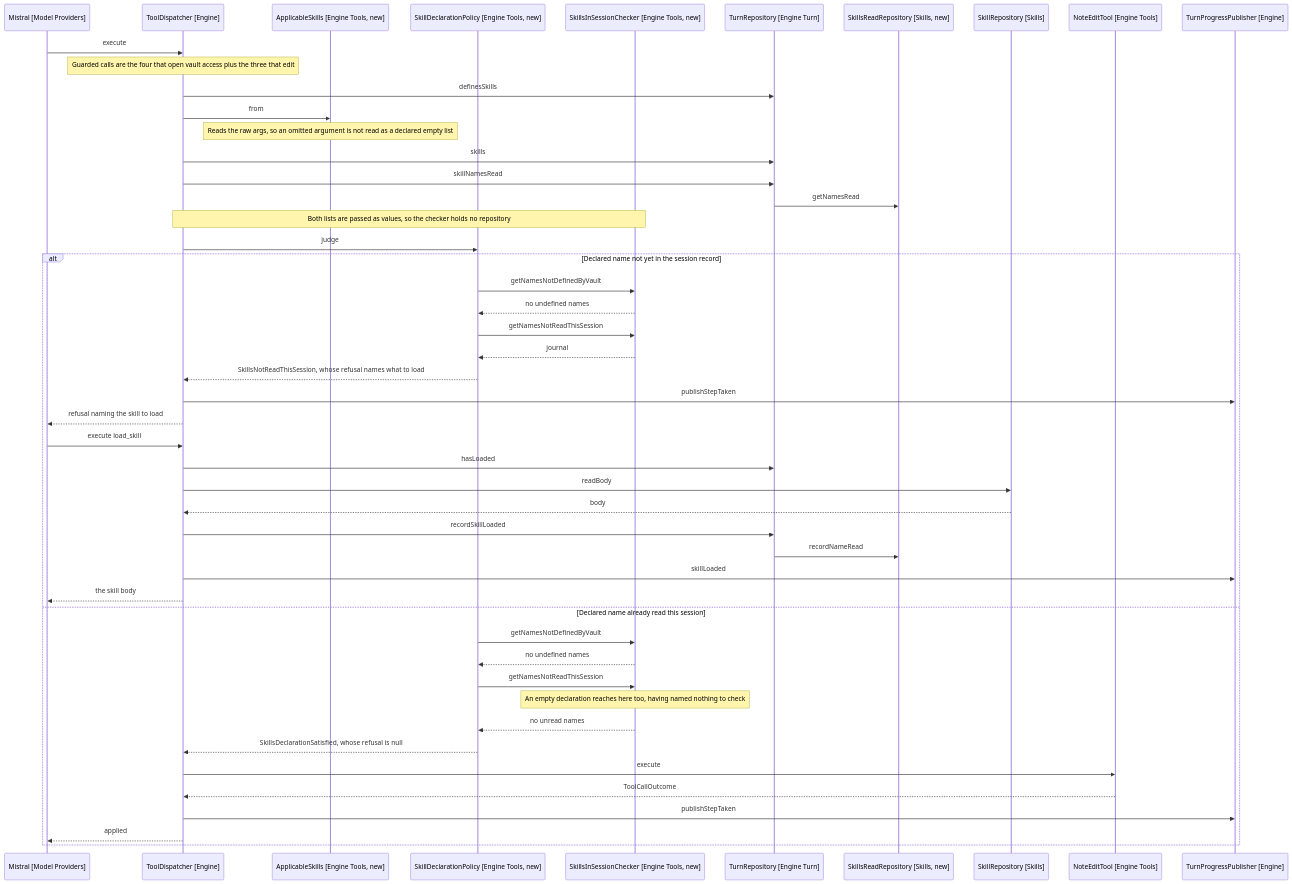
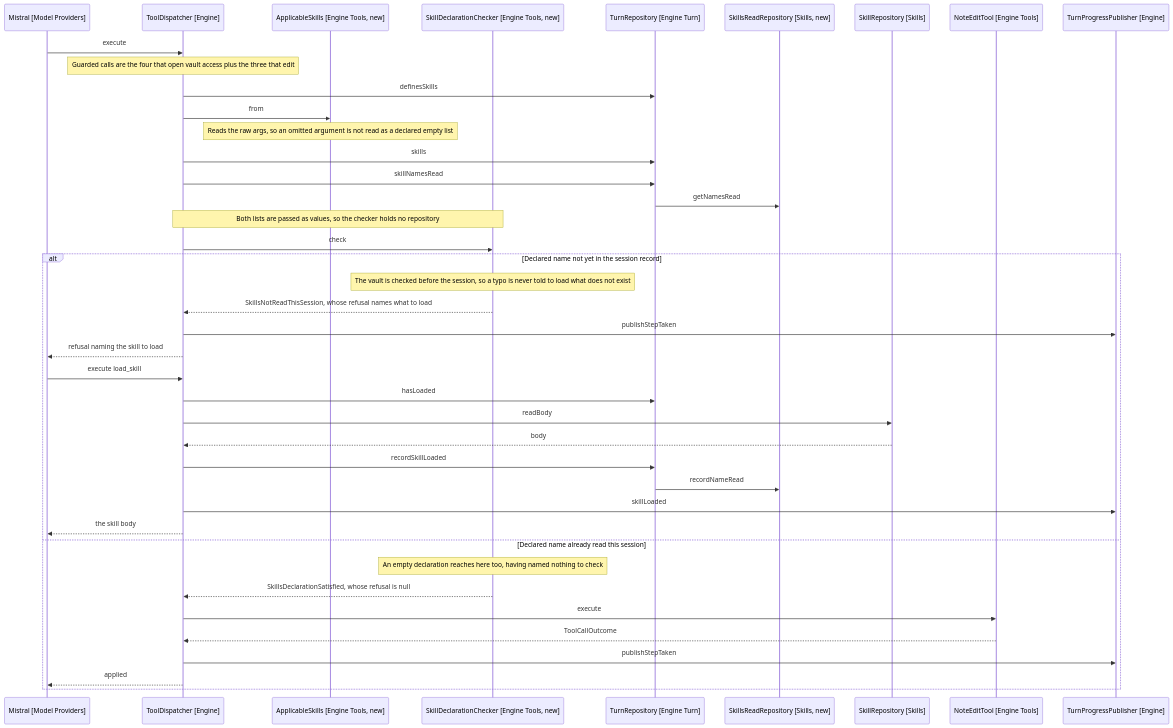
The diagram in docs/spec/24-remembering-skills-read/3-design.md (iparips/obsidian-owl), drawn with Mermaid before and after one commit. The commit also changed other lines of this file and 9 other files, not shown here.

````diff
--- a/docs/spec/24-remembering-skills-read/3-design.md
+++ b/docs/spec/24-remembering-skills-read/3-design.md
@@ -112,53 +111,45 @@
 ```mermaid
 sequenceDiagram
     participant Model as Mistral [Model Providers]
     participant Dispatcher as ToolDispatcher [Engine]
     participant Applicable as ApplicableSkills [Engine Tools, new]
-    participant Policy as SkillDeclarationPolicy [Engine Tools, new]
-    participant Checker as SkillsInSessionChecker [Engine Tools, new]
+    participant Checker as SkillDeclarationChecker [Engine Tools, new]
     participant Turn as TurnRepository [Engine Turn]
     participant SkillsRead as SkillsReadRepository [Skills, new]
     participant Skills as SkillRepository [Skills]
     participant Edit as NoteEditTool [Engine Tools]
     participant Panel as TurnProgressPublisher [Engine]
 
     Model->>Dispatcher: execute
     Note over Dispatcher: Guarded calls are the four that open vault access plus the three that edit
     Dispatcher->>Turn: definesSkills
     Dispatcher->>Applicable: from
     Note over Applicable: Reads the raw args, so an omitted argument is not read as a declared empty list
     Dispatcher->>Turn: skills
     Dispatcher->>Turn: skillNamesRead
     Turn->>SkillsRead: getNamesRead
     Note over Dispatcher,Checker: Both lists are passed as values, so the checker holds no repository
-    Dispatcher->>Policy: judge
+    Dispatcher->>Checker: check
 
     alt Declared name not yet in the session record
-        Policy->>Checker: getNamesNotDefinedByVault
-        Checker-->>Policy: no undefined names
-        Policy->>Checker: getNamesNotReadThisSession
-        Checker-->>Policy: journal
-        Policy-->>Dispatcher: SkillsNotReadThisSession, whose refusal names what to load
+        Note over Checker: The vault is checked before the session, so a typo is never told to load what does not exist
+        Checker-->>Dispatcher: SkillsNotReadThisSession, whose refusal names what to load
         Dispatcher->>Panel: publishStepTaken
         Dispatcher-->>Model: refusal naming the skill to load
         Model->>Dispatcher: execute load_skill
         Dispatcher->>Turn: hasLoaded
         Dispatcher->>Skills: readBody
         Skills-->>Dispatcher: body
         Dispatcher->>Turn: recordSkillLoaded
         Turn->>SkillsRead: recordNameRead
         Dispatcher->>Panel: skillLoaded
         Dispatcher-->>Model: the skill body
     else Declared name already read this session
-        Policy->>Checker: getNamesNotDefinedByVault
-        Checker-->>Policy: no undefined names
-        Policy->>Checker: getNamesNotReadThisSession
         Note over Checker: An empty declaration reaches here too, having named nothing to check
-        Checker-->>Policy: no unread names
-        Policy-->>Dispatcher: SkillsDeclarationSatisfied, whose refusal is null
+        Checker-->>Dispatcher: SkillsDeclarationSatisfied, whose refusal is null
         Dispatcher->>Edit: execute
         Edit-->>Dispatcher: ToolCallOutcome
         Dispatcher->>Panel: publishStepTaken
         Dispatcher-->>Model: applied
     end
 ```
````
